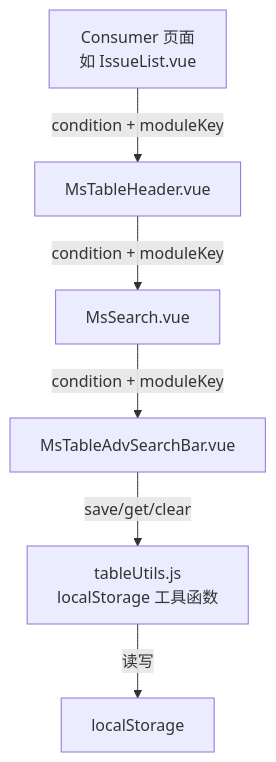
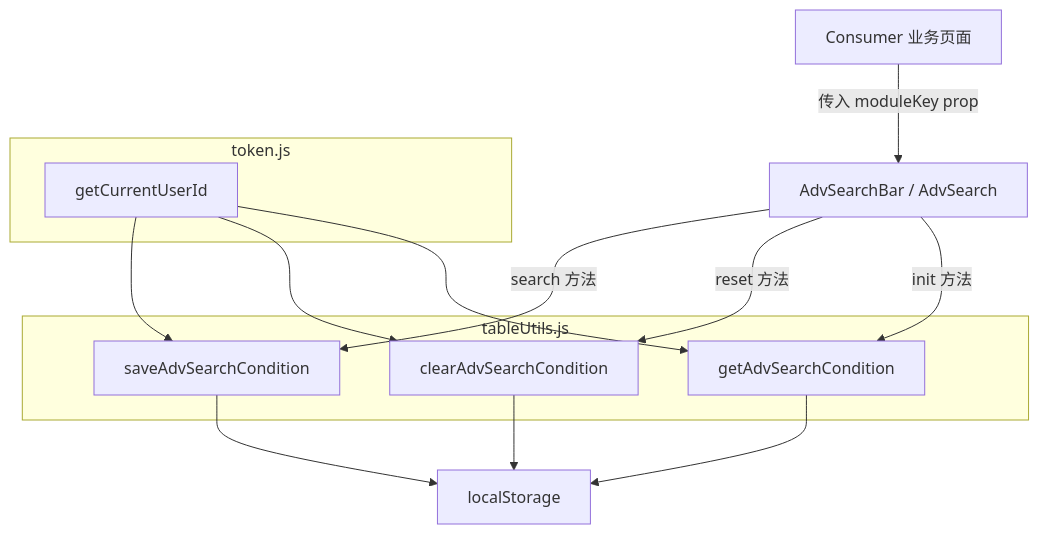
The diagram in .kiro/specs/adv-search-memory/design.md (sdwurg180507280211/metersphere), drawn with Mermaid before and after one commit. The commit also changed other lines of this file and 9 other files, not shown here.

````diff
--- a/.kiro/specs/adv-search-memory/design.md
+++ b/.kiro/specs/adv-search-memory/design.md
@@ -18,8 +15,23 @@
 ```mermaid
 graph TD
-    A[Consumer 页面<br/>如 IssueList.vue] -->|condition + moduleKey| B[MsTableHeader.vue]
-    B -->|condition + moduleKey| C[MsSearch.vue]
-    C -->|condition + moduleKey| D[MsTableAdvSearchBar.vue]
-    D -->|save/get/clear| E[tableUtils.js<br/>localStorage 工具函数]
-    E -->|读写| F[localStorage]
+    A[Consumer 业务页面] -->|传入 moduleKey prop| B[AdvSearchBar / AdvSearch]
+    B -->|search 方法| C[saveAdvSearchCondition]
+    B -->|reset 方法| D[clearAdvSearchCondition]
+    B -->|init 方法| E[getAdvSearchCondition]
+    C --> F[localStorage]
+    D --> F
+    E --> F
+    G[getCurrentUserId] --> C
+    G --> D
+    G --> E
+
+    subgraph tableUtils.js
+        C
+        D
+        E
+    end
+
+    subgraph token.js
+        G
+    end
 ```
````
